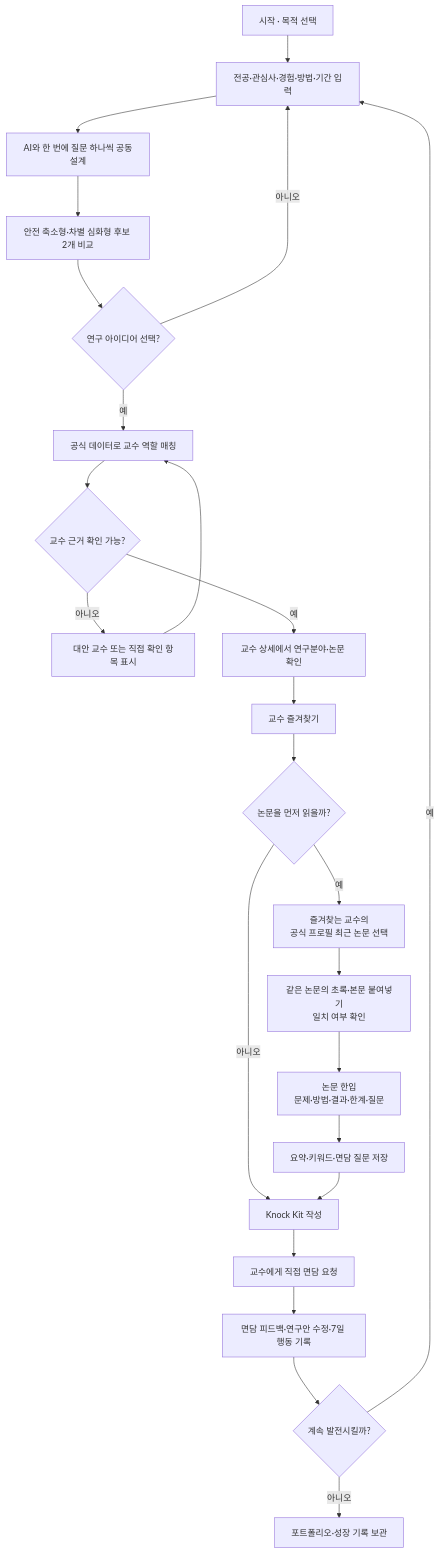
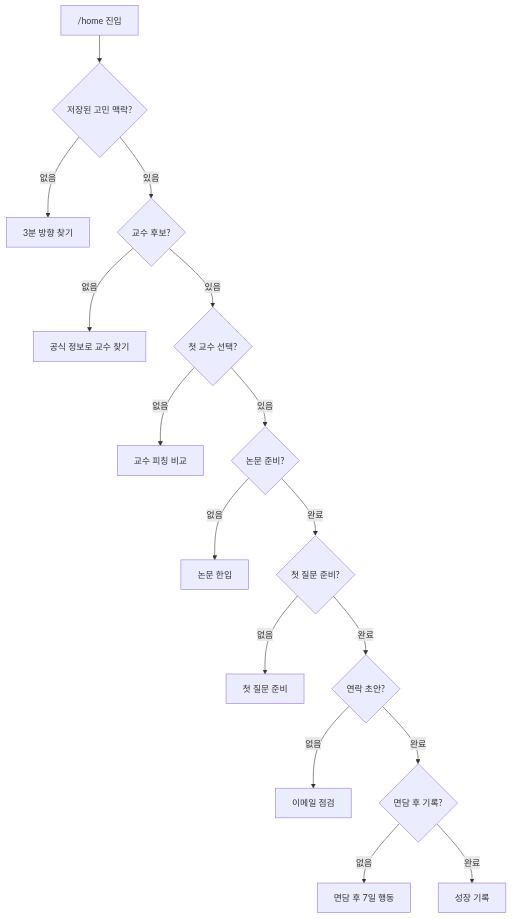
Before and after one commit to Suya020504/MajorEvolutionHomepage-demo-private: the second of 2 diagrams in docs/SERVICE_FLOW.md, drawn with Mermaid. The commit also changed other lines of this file and 19 other files, not shown here.

````diff
--- a/docs/SERVICE_FLOW.md
+++ b/docs/SERVICE_FLOW.md
@@ -66,26 +42,18 @@
 ```mermaid
 flowchart TD
-    S["시작 · 목적 선택"] --> R["전공·관심사·경험·방법·기간 입력"]
-    R --> Q["AI와 한 번에 질문 하나씩 공동설계"]
-    Q --> I["안전 축소형·차별 심화형 후보 2개 비교"]
-    I --> P{"연구 아이디어 선택?"}
-    P -->|아니오| R
-    P -->|예| M["공식 데이터로 교수 역할 매칭"]
-    M --> V{"교수 근거 확인 가능?"}
-    V -->|아니오| ALT["대안 교수 또는 직접 확인 항목 표시"]
-    ALT --> M
-    V -->|예| D["교수 상세에서 연구분야·논문 확인"]
-    D --> STAR["교수 즐겨찾기"]
-    STAR --> READ{"논문을 먼저 읽을까?"}
-    READ -->|예| PICK["즐겨찾는 교수의<br/>공식 프로필 최근 논문 선택"]
-    PICK --> TEXT["같은 논문의 초록·본문 붙여넣기<br/>일치 여부 확인"]
-    TEXT --> PR["논문 한입<br/>문제·방법·결과·한계·질문"]
-    READ -->|아니오| K["Knock Kit 작성"]
-    PR --> SAVE["요약·키워드·면담 질문 저장"]
-    SAVE --> K
-    K --> MEET["교수에게 직접 면담 요청"]
-    MEET --> LOOP["면담 피드백·연구안 수정·7일 행동 기록"]
-    LOOP --> NEXT{"계속 발전시킬까?"}
-    NEXT -->|예| R
-    NEXT -->|아니오| PORT["포트폴리오·성장 기록 보관"]
+  H["/home 진입"] --> C{"저장된 고민 맥락?"}
+  C -- 없음 --> T["3분 방향 찾기"]
+  C -- 있음 --> M{"교수 후보?"}
+  M -- 없음 --> F["공식 정보로 교수 찾기"]
+  M -- 있음 --> S{"첫 교수 선택?"}
+  S -- 없음 --> P["교수 피칭 비교"]
+  S -- 있음 --> R{"논문 준비?"}
+  R -- 없음 --> B["논문 한입"]
+  R -- 완료 --> Q{"첫 질문 준비?"}
+  Q -- 없음 --> Q1["첫 질문 준비"]
+  Q -- 완료 --> E{"연락 초안?"}
+  E -- 없음 --> E1["이메일 점검"]
+  E -- 완료 --> A{"면담 후 기록?"}
+  A -- 없음 --> A1["면담 후 7일 행동"]
+  A -- 완료 --> O["성장 기록"]
 ```
````
